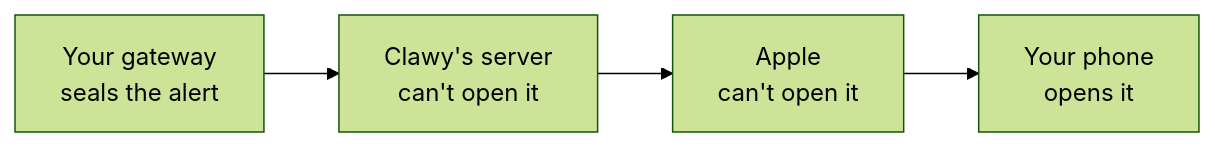
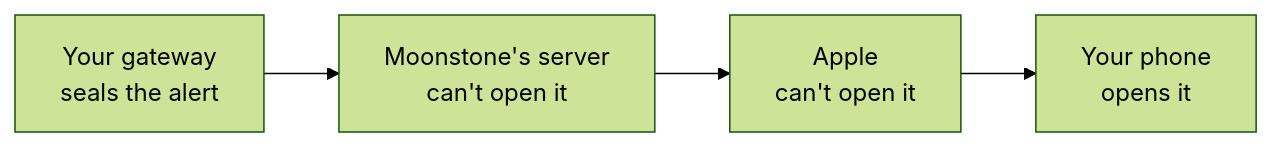
Before and after one commit to linuz90/clawy-notifications: the diagram in README.md, drawn with Mermaid (forest theme). The commit also changed other lines of this file and 47 other files, not shown here.

````diff
--- a/README.md
+++ b/README.md
@@ -10,4 +7,4 @@
 ```mermaid
 flowchart LR
-  G["Your gateway<br/>seals the alert"] --> S["Clawy's server<br/>can't open it"] --> A["Apple<br/>can't open it"] --> P["Your phone<br/>opens it"]
+  G["Your gateway<br/>seals the alert"] --> S["Moonstone's server<br/>can't open it"] --> A["Apple<br/>can't open it"] --> P["Your phone<br/>opens it"]
 ```
````
